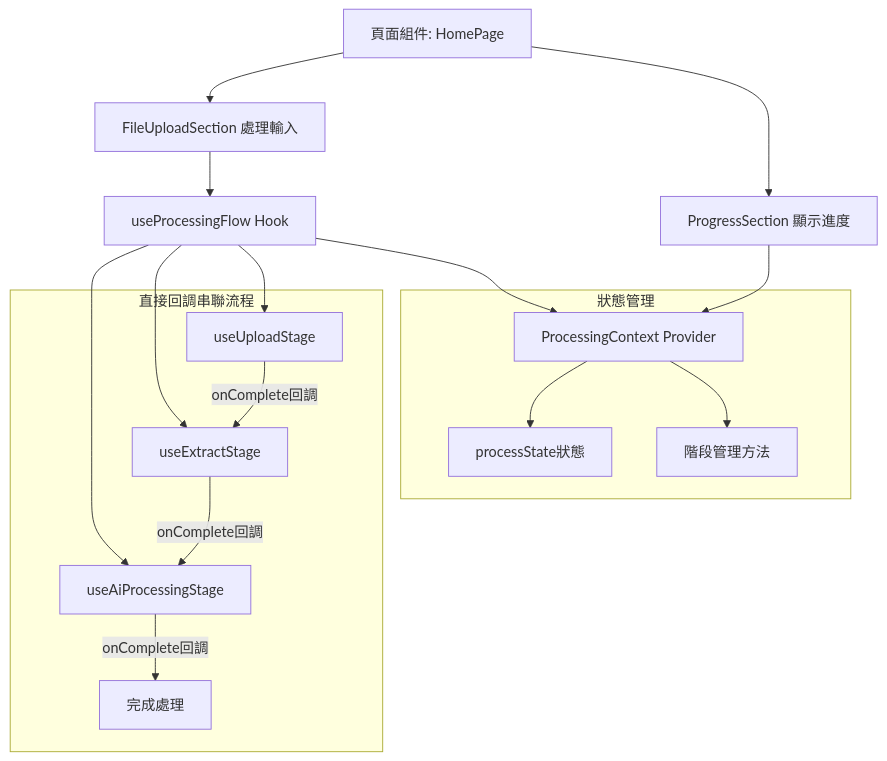
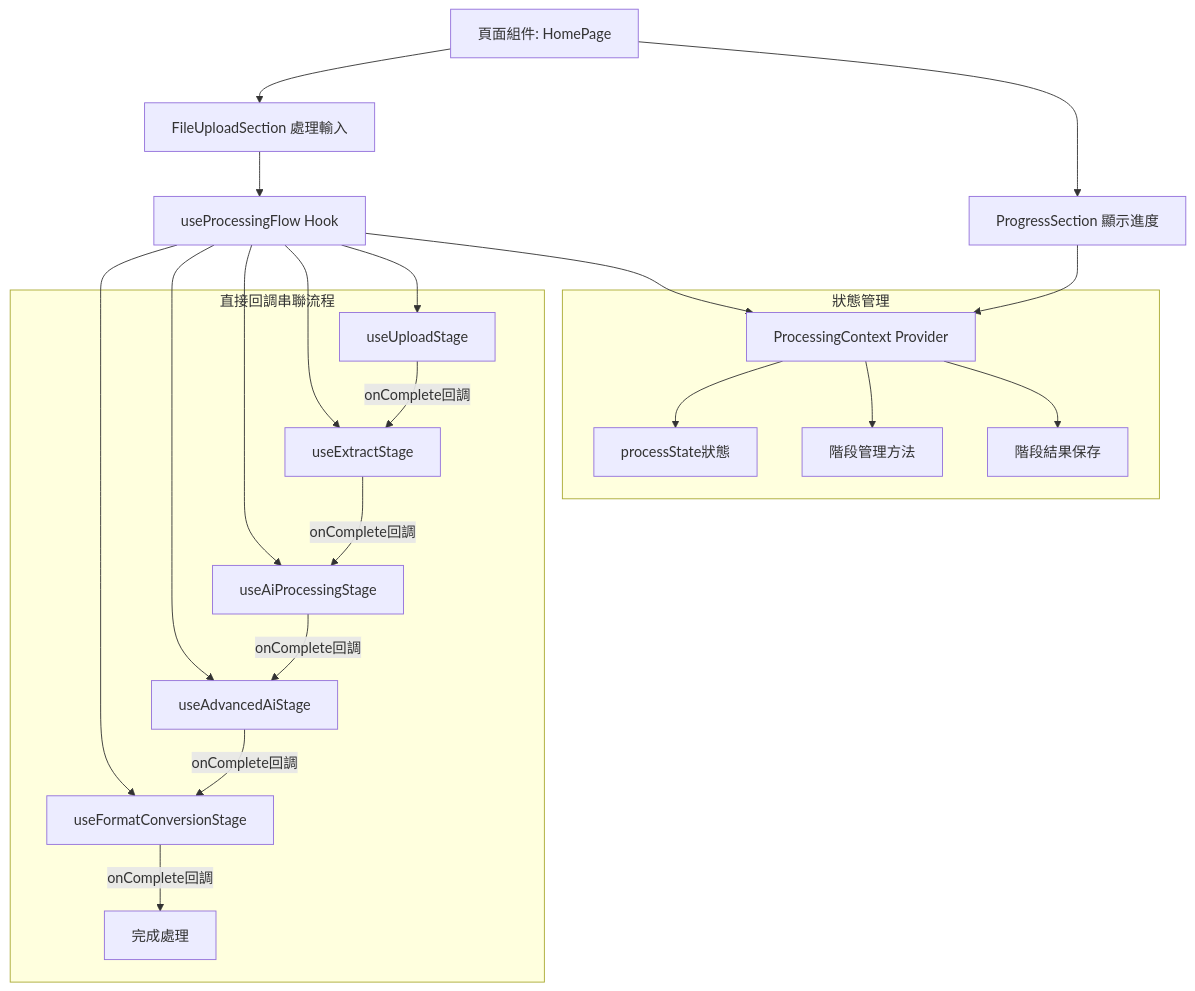
Before and after one commit to darwin7381/auto-article-tools: the first of 3 diagrams in docs/processing-flow-analysis.md, drawn with Mermaid. The commit also changed other lines of this file and 15 other files, not shown here.

````diff
--- a/docs/processing-flow-analysis.md
+++ b/docs/processing-flow-analysis.md
@@ -31,27 +33,33 @@
 ```mermaid
 graph TD
     A[頁面組件: HomePage] --> B[FileUploadSection 處理輸入]
     A --> C[ProgressSection 顯示進度]
     
     subgraph 狀態管理
     D[ProcessingContext Provider]
     E[processState狀態]
     F[階段管理方法]
+    F1[階段結果保存]
     end
     
     B --> G[useProcessingFlow Hook]
     G --> H[useUploadStage]
     G --> I[useExtractStage]
     G --> J[useAiProcessingStage]
+    G --> J1[useAdvancedAiStage]
+    G --> J2[useFormatConversionStage]
     
     G --> D
     C --> D
     D --> E
     D --> F
+    D --> F1
     
     subgraph 直接回調串聯流程
     H --> |"onComplete回調"| I
     I --> |"onComplete回調"| J
-    J --> |"onComplete回調"| K[完成處理]
+    J --> |"onComplete回調"| J1
+    J1 --> |"onComplete回調"| J2
+    J2 --> |"onComplete回調"| K[完成處理]
     end
 ```
````
